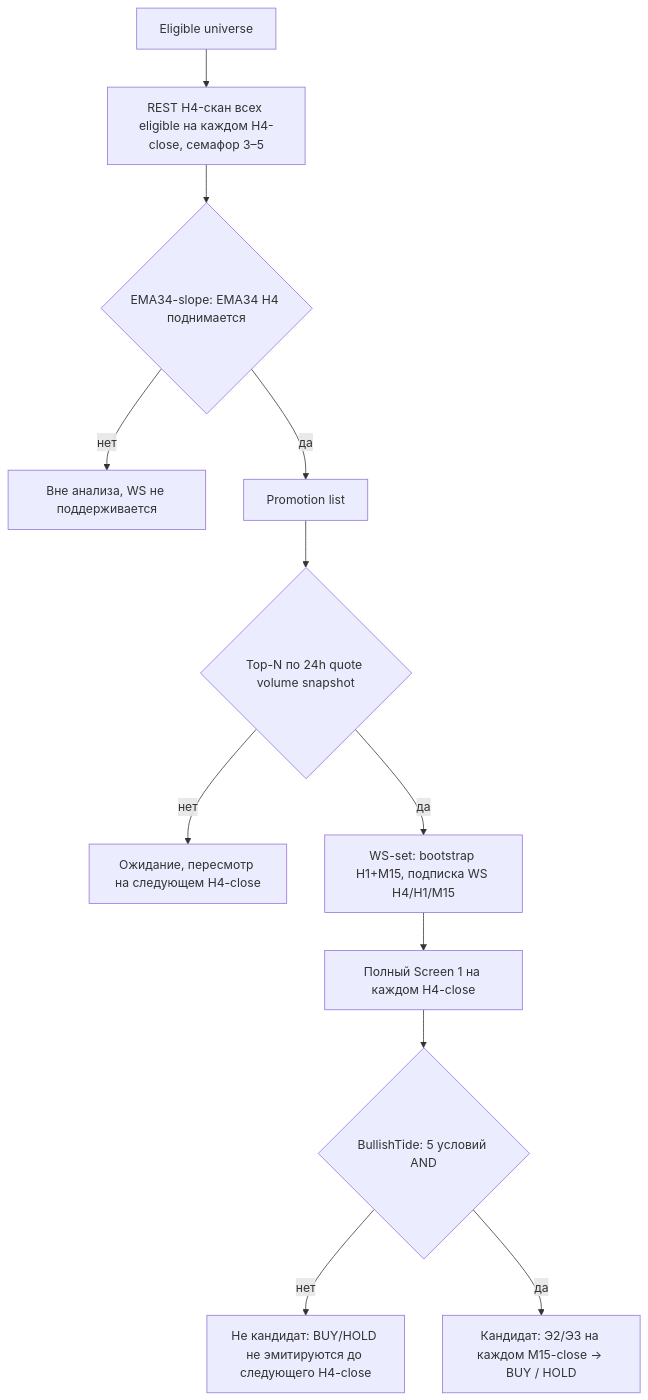
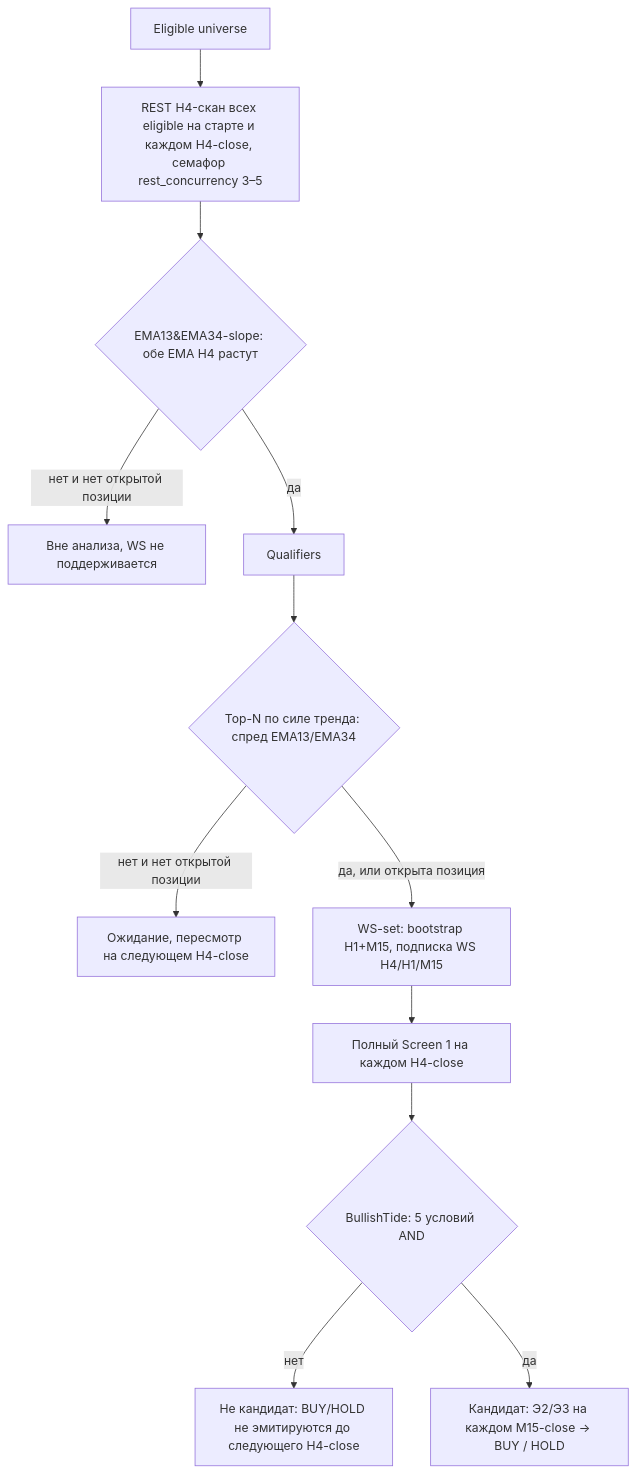
Before and after one commit to astrix-z/MentisTradingAgent: the diagram in docs/STRATEGY_TRIPPLE_SCREEN.md, drawn with Mermaid. The commit also changed other lines of this file and 9 other files, not shown here.

````diff
--- a/docs/STRATEGY_TRIPPLE_SCREEN.md
+++ b/docs/STRATEGY_TRIPPLE_SCREEN.md
@@ -45,14 +64,14 @@
 ```mermaid
 flowchart TD
-    A[Eligible universe] --> B[REST H4-скан всех eligible на каждом H4-close, семафор 3–5]
-    B --> C{EMA34-slope: EMA34 H4 поднимается}
-    C -- нет --> D[Вне анализа, WS не поддерживается]
-    C -- да --> E[Promotion list]
-    E --> F{Top-N по 24h quote volume snapshot}
-    F -- нет --> G[Ожидание, пересмотр на следующем H4-close]
-    F -- да --> H[WS-set: bootstrap H1+M15, подписка WS H4/H1/M15]
+    A[Eligible universe] --> B[REST H4-скан всех eligible на старте и каждом H4-close, семафор rest_concurrency 3–5]
+    B --> C{EMA13&EMA34-slope: обе EMA H4 растут}
+    C -- нет и нет открытой позиции --> D[Вне анализа, WS не поддерживается]
+    C -- да --> E[Qualifiers]
+    E --> F{Top-N по силе тренда: спред EMA13/EMA34}
+    F -- нет и нет открытой позиции --> G[Ожидание, пересмотр на следующем H4-close]
+    F -- да, или открыта позиция --> H[WS-set: bootstrap H1+M15, подписка WS H4/H1/M15]
     H --> I[Полный Screen 1 на каждом H4-close]
     I --> J{BullishTide: 5 условий AND}
     J -- нет --> K[Не кандидат: BUY/HOLD не эмитируются до следующего H4-close]
     J -- да --> L[Кандидат: Э2/Э3 на каждом M15-close → BUY / HOLD]
 ```
````
